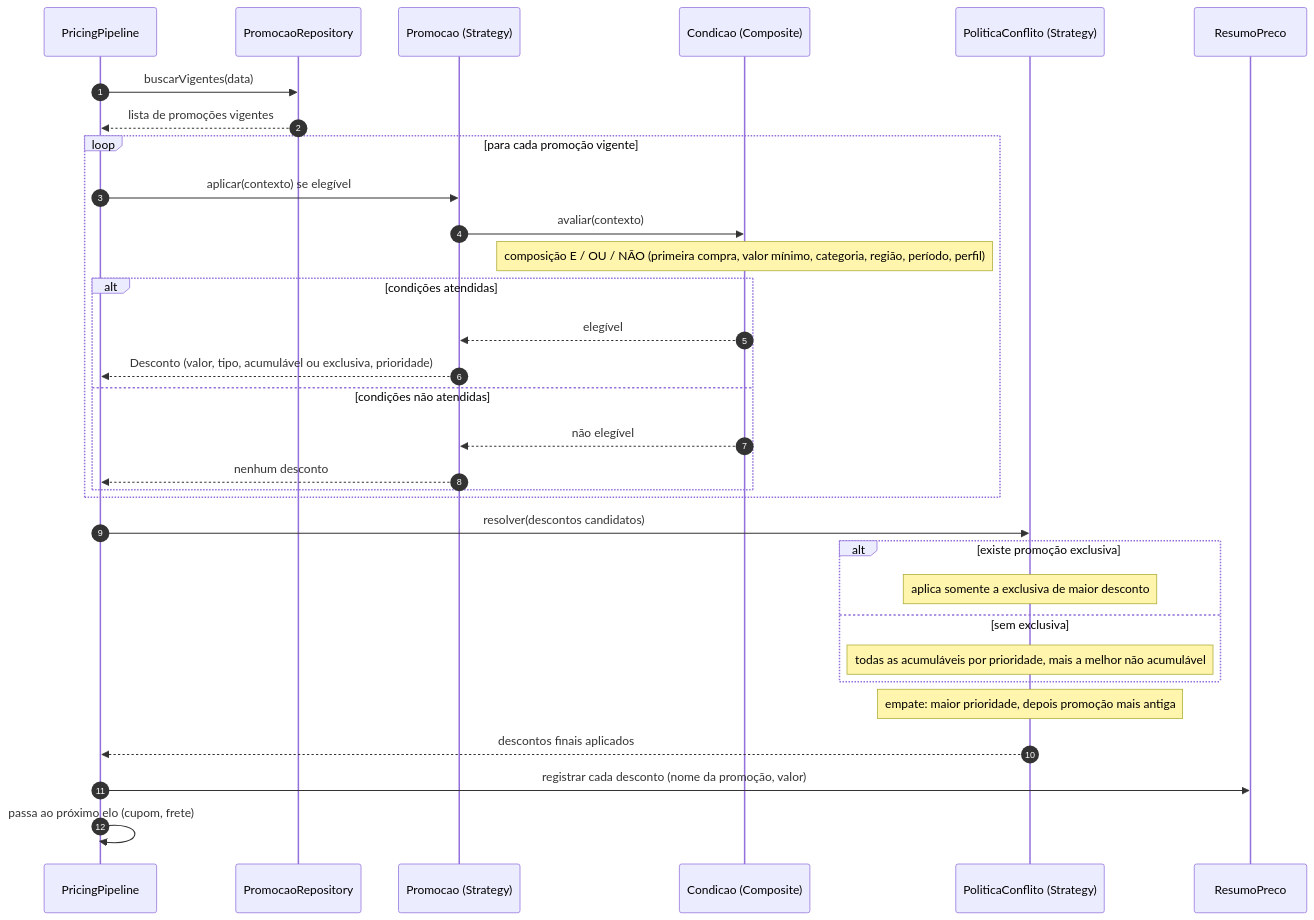
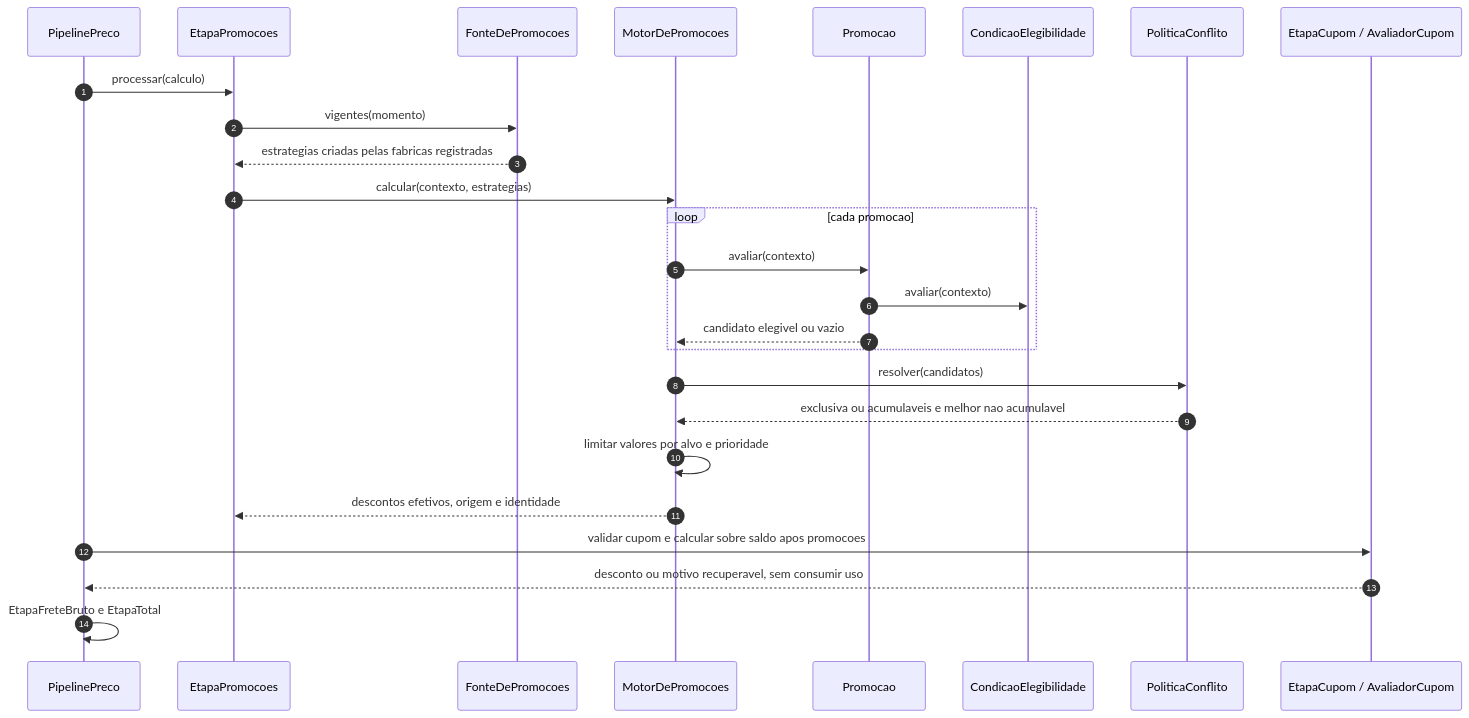
Before and after one commit to arthurnicolucci1912/sistema-ecommerce-promocoes-avancadas: the third of 6 diagrams in docs/07-casos-de-uso.md, drawn with Mermaid. The commit also changed other lines of this file and 227 other files, not shown here.

First line of the commit message:
feat: carrinho, checkout, promoções/cupons, pagamento, frete, eventos/notificações, auditoria e relatórios (E3–E9)

````diff
--- a/docs/07-casos-de-uso.md
+++ b/docs/07-casos-de-uso.md
@@ -415,35 +447,28 @@
 ```mermaid
 sequenceDiagram
     autonumber
-    participant Pre as PricingPipeline
-    participant Rep as PromocaoRepository
-    participant Prom as Promocao (Strategy)
-    participant Cond as Condicao (Composite)
-    participant Pol as PoliticaConflito (Strategy)
-    participant Res as ResumoPreco
-
-    Pre->>Rep: buscarVigentes(data)
-    Rep-->>Pre: lista de promoções vigentes
-    loop para cada promoção vigente
-        Pre->>Prom: aplicar(contexto) se elegível
+    participant Pre as PipelinePreco
+    participant Et as EtapaPromocoes
+    participant Fonte as FonteDePromocoes
+    participant Motor as MotorDePromocoes
+    participant Prom as Promocao
+    participant Cond as CondicaoElegibilidade
+    participant Pol as PoliticaConflito
+    participant Cup as EtapaCupom / AvaliadorCupom
+    Pre->>Et: processar(calculo)
+    Et->>Fonte: vigentes(momento)
+    Fonte-->>Et: estrategias criadas pelas fabricas registradas
+    Et->>Motor: calcular(contexto, estrategias)
+    loop cada promocao
+        Motor->>Prom: avaliar(contexto)
         Prom->>Cond: avaliar(contexto)
-        Note over Cond: composição E / OU / NÃO (primeira compra, valor mínimo, categoria, região, período, perfil)
-        alt condições atendidas
-            Cond-->>Prom: elegível
-            Prom-->>Pre: Desconto (valor, tipo, acumulável ou exclusiva, prioridade)
-        else condições não atendidas
-            Cond-->>Prom: não elegível
-            Prom-->>Pre: nenhum desconto
-        end
+        Prom-->>Motor: candidato elegivel ou vazio
     end
-    Pre->>Pol: resolver(descontos candidatos)
-    alt existe promoção exclusiva
-        Note over Pol: aplica somente a exclusiva de maior desconto
-    else sem exclusiva
-        Note over Pol: todas as acumuláveis por prioridade, mais a melhor não acumulável
-    end
-    Note over Pol: empate: maior prioridade, depois promoção mais antiga
-    Pol-->>Pre: descontos finais aplicados
-    Pre->>Res: registrar cada desconto (nome da promoção, valor)
-    Pre->>Pre: passa ao próximo elo (cupom, frete)
+    Motor->>Pol: resolver(candidatos)
+    Pol-->>Motor: exclusiva ou acumulaveis e melhor nao acumulavel
+    Motor->>Motor: limitar valores por alvo e prioridade
+    Motor-->>Et: descontos efetivos, origem e identidade
+    Pre->>Cup: validar cupom e calcular sobre saldo apos promocoes
+    Cup-->>Pre: desconto ou motivo recuperavel, sem consumir uso
+    Pre->>Pre: EtapaFreteBruto e EtapaTotal
 ```
````
